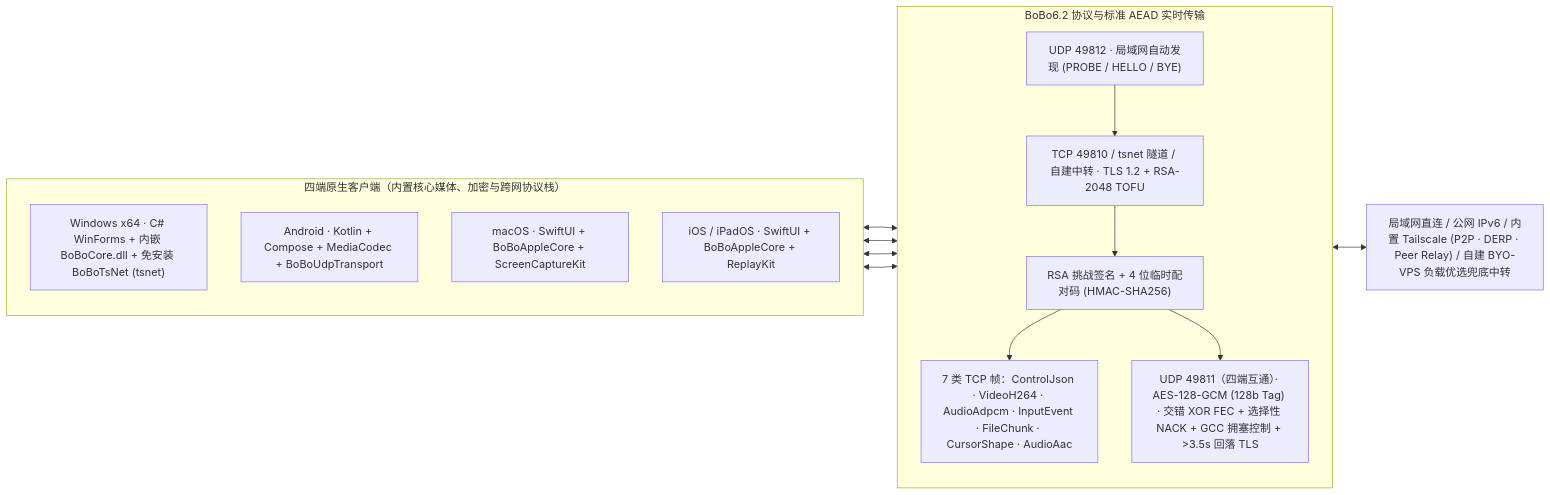
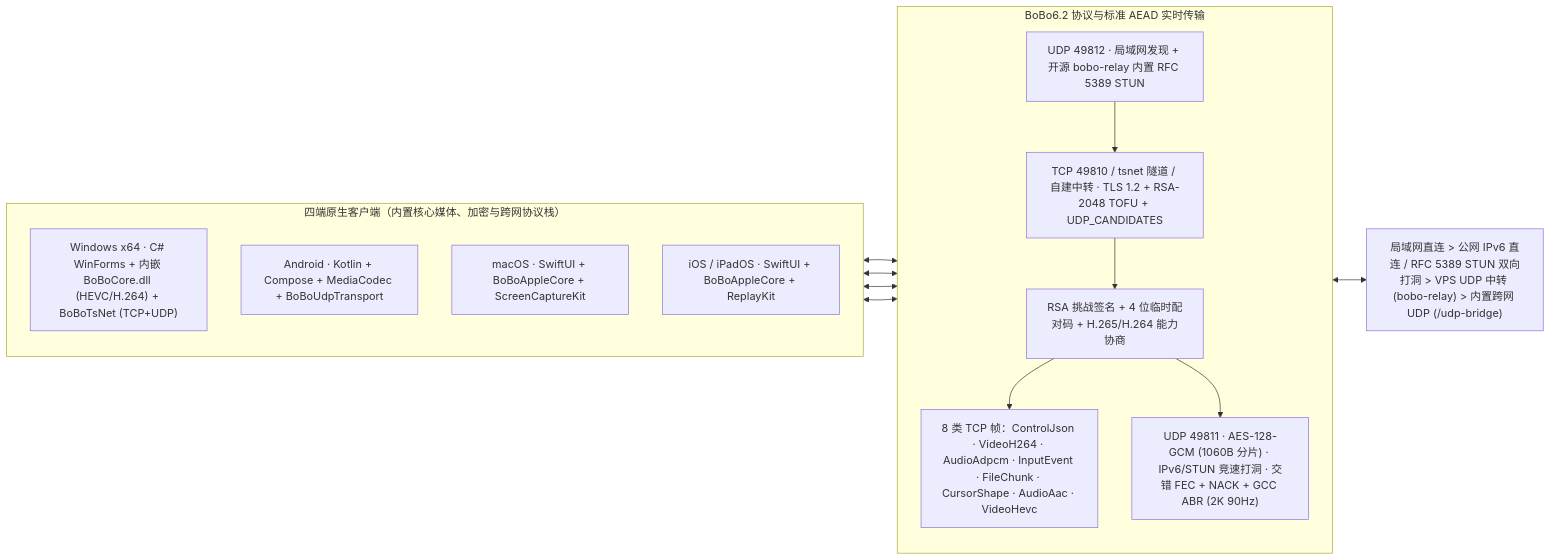
Before and after one commit to Gluxggg/BoBo-Remote: the diagram in README.md, drawn with Mermaid. The commit also changed other lines of this file and 32 other files, not shown here.

Commit message:
feat: v7.4.0 cross-network IPv6/STUN punching, tsnet/relay UDP, H.265 & 2K 90Hz anti-freeze

````diff
--- a/README.md
+++ b/README.md
@@ -118,29 +121,29 @@
 ```mermaid
 flowchart LR
   subgraph CLIENTS["四端原生客户端（内置核心媒体、加密与跨网协议栈）"]
     direction TB
-    WIN["Windows x64 · C# WinForms + 内嵌 BoBoCore.dll + 免安装 BoBoTsNet (tsnet)"]
+    WIN["Windows x64 · C# WinForms + 内嵌 BoBoCore.dll (HEVC/H.264) + BoBoTsNet (TCP+UDP)"]
     AND["Android · Kotlin + Compose + MediaCodec + BoBoUdpTransport"]
     MAC["macOS · SwiftUI + BoBoAppleCore + ScreenCaptureKit"]
     IOS["iOS / iPadOS · SwiftUI + BoBoAppleCore + ReplayKit"]
   end
 
   subgraph PROTO["BoBo6.2 协议与标准 AEAD 实时传输"]
     direction TB
-    DISC["UDP 49812 · 局域网自动发现 (PROBE / HELLO / BYE)"]
-    TLS["TCP 49810 / tsnet 隧道 / 自建中转 · TLS 1.2 + RSA-2048 TOFU"]
-    AUTH["RSA 挑战签名 + 4 位临时配对码 (HMAC-SHA256)"]
-    FRAMES["7 类 TCP 帧：ControlJson · VideoH264 · AudioAdpcm · InputEvent · FileChunk · CursorShape · AudioAac"]
-    UDP["UDP 49811（四端互通）· AES-128-GCM (128b Tag) · 交错 XOR FEC + 选择性 NACK + GCC 拥塞控制 + >3.5s 回落 TLS"]
+    DISC["UDP 49812 · 局域网发现 + 开源 bobo-relay 内置 RFC 5389 STUN"]
+    TLS["TCP 49810 / tsnet 隧道 / 自建中转 · TLS 1.2 + RSA-2048 TOFU + UDP_CANDIDATES"]
+    AUTH["RSA 挑战签名 + 4 位临时配对码 + H.265/H.264 能力协商"]
+    FRAMES["8 类 TCP 帧：ControlJson · VideoH264 · AudioAdpcm · InputEvent · FileChunk · CursorShape · AudioAac · VideoHevc"]
+    UDP["UDP 49811 · AES-128-GCM (1060B 分片) · IPv6/STUN 竞速打洞 · 交错 FEC + NACK + GCC ABR (2K 90Hz)"]
     DISC --> TLS --> AUTH --> FRAMES
     AUTH --> UDP
   end
 
-  NET["局域网直连 / 公网 IPv6 / 内置 Tailscale (P2P · DERP · Peer Relay) / 自建 BYO-VPS 负载优选兜底中转"]
+  NET["局域网直连 > 公网 IPv6 直连 / RFC 5389 STUN 双向打洞 > VPS UDP 中转 (bobo-relay) > 内置跨网 UDP (/udp-bridge)"]
 
   WIN <--> PROTO
   AND <--> PROTO
   MAC <--> PROTO
   IOS <--> PROTO
   PROTO <--> NET
 ```
````
